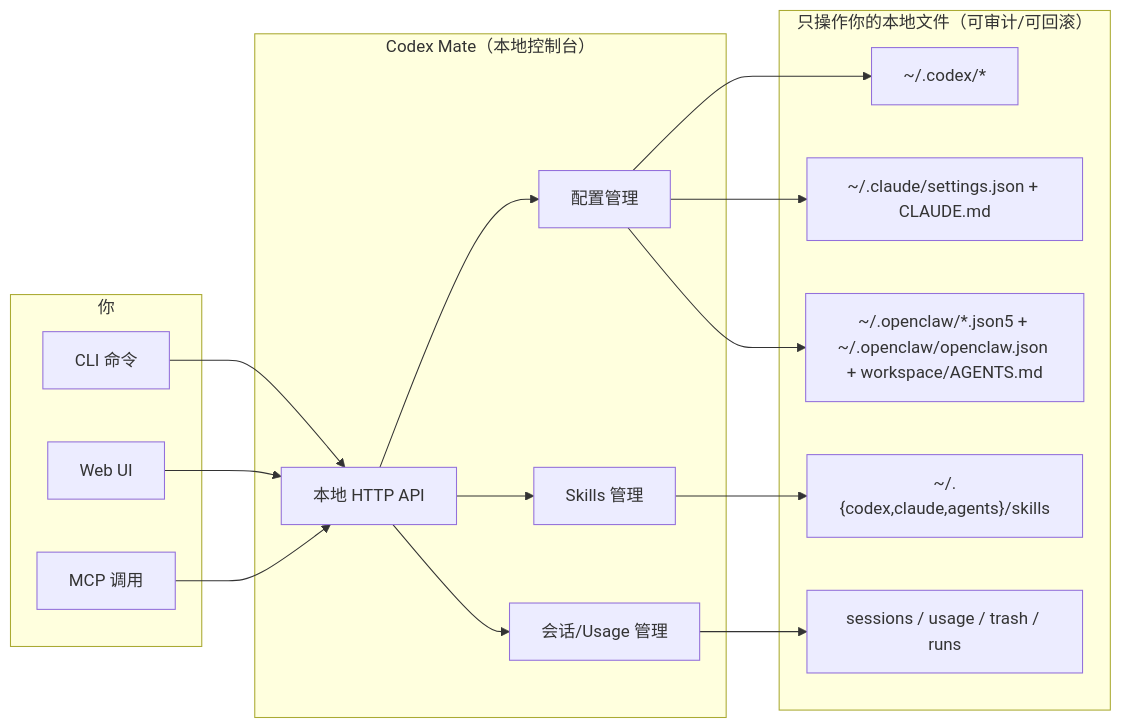
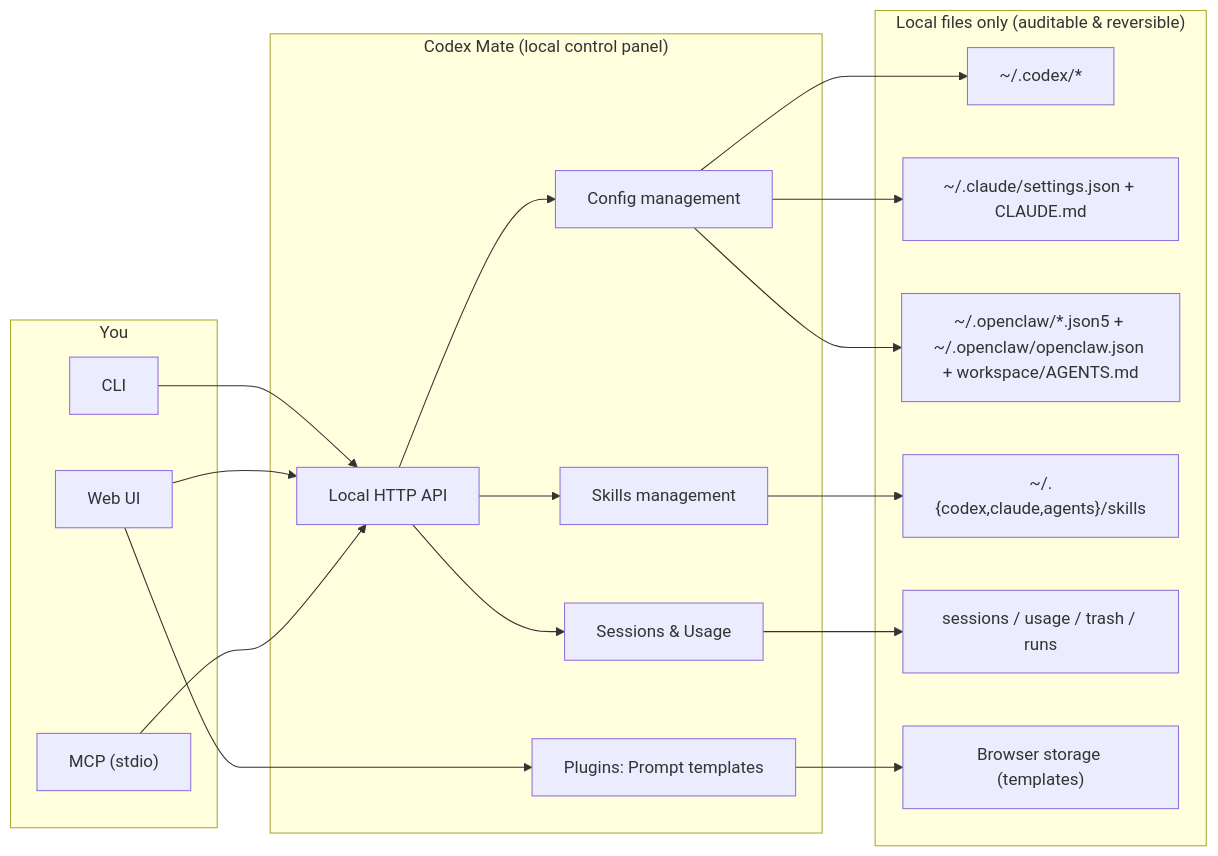
Before and after one commit to ymkiux/codexmate: the diagram in README.md, drawn with Mermaid. The commit also changed other lines of this file and 26 other files, not shown here.

First line of the commit message:
feat(plugins): add Prompt Templates composer (#96)

````diff
--- a/README.md
+++ b/README.md
@@ -82,37 +79,41 @@
 ```mermaid
 flowchart LR
-    subgraph You["你"]
-      CLI["CLI 命令"]
+    subgraph You["You"]
+      CLI["CLI"]
       WEB["Web UI"]
-      MCP["MCP 调用"]
+      MCP["MCP (stdio)"]
     end
 
-    subgraph Mate["Codex Mate（本地控制台）"]
-      API["本地 HTTP API"]
-      CFG["配置管理"]
-      SESS["会话/Usage 管理"]
-      SKL["Skills 管理"]
+    subgraph Mate["Codex Mate (local control panel)"]
+      API["Local HTTP API"]
+      CFG["Config management"]
+      SESS["Sessions & Usage"]
+      SKL["Skills management"]
+      PLG["Plugins: Prompt templates"]
     end
 
-    subgraph Files["只操作你的本地文件（可审计/可回滚）"]
+    subgraph Files["Local files only (auditable & reversible)"]
       CODEX["~/.codex/*"]
       CLAUDE["~/.claude/settings.json + CLAUDE.md"]
       OPENCLAW["~/.openclaw/*.json5 + ~/.openclaw/openclaw.json + workspace/AGENTS.md"]
       SKILLS["~/.{codex,claude,agents}/skills"]
-      SESSFILES["sessions / usage / trash / runs"]
+      STATE["sessions / usage / trash / runs"]
+      BROWSER["Browser storage (templates)"]
     end
 
     CLI --> API
     WEB --> API
     MCP --> API
+    WEB --> PLG
 
     API --> CFG
     API --> SESS
     API --> SKL
+    PLG --> BROWSER
 
     CFG --> CODEX
     CFG --> CLAUDE
     CFG --> OPENCLAW
     SKL --> SKILLS
-    SESS --> SESSFILES
+    SESS --> STATE
 ```
````
